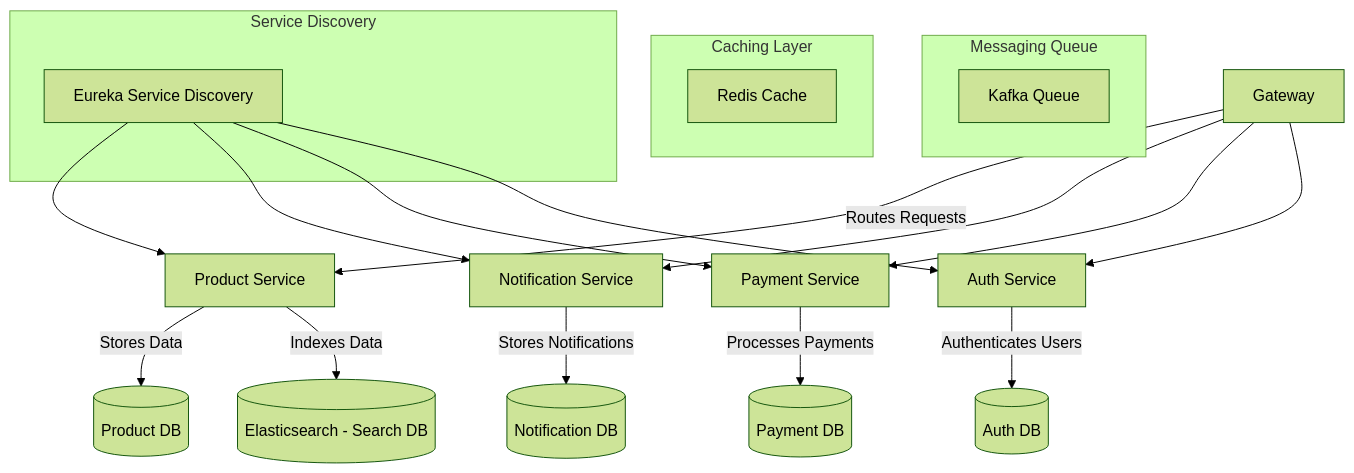
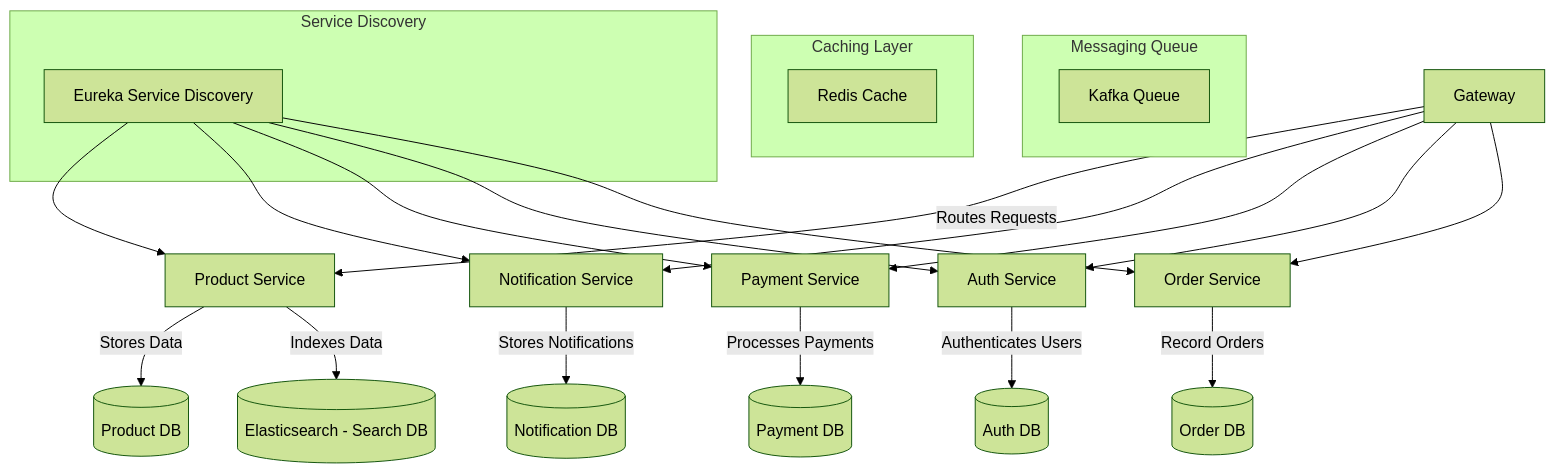
The diagram in README.md (taraksuthar1999/Shopping-Microservices), drawn with Mermaid (forest theme) before and after one commit.

````diff
--- a/README.md
+++ b/README.md
@@ -41,25 +41,28 @@
 ```mermaid
 graph TD;
     A[Gateway] -->|Routes Requests| B[Product Service]
     A --> C[Notification Service]
     A --> D[Payment Service]
     A --> E[Auth Service]
+    A --> F[Order Service]
     B -->|Stores Data| DB1[(Product DB)]
     C -->|Stores Notifications| DB2[(Notification DB)]
     D -->|Processes Payments| DB3[(Payment DB)]
     E -->|Authenticates Users| DB4[(Auth DB)]
+    F -->|Record Orders| DB5[(Order DB)]
     B -->|Indexes Data| ES[(Elasticsearch - Search DB)]
     subgraph Messaging Queue
         Kafka[Kafka Queue]
     end
     subgraph Caching Layer
         Cache[Redis Cache]
     end
     subgraph Service Discovery
         SD[Eureka Service Discovery]
     end
     SD --> B
     SD --> C
     SD --> D
     SD --> E
+    SD --> F
 ```
````
